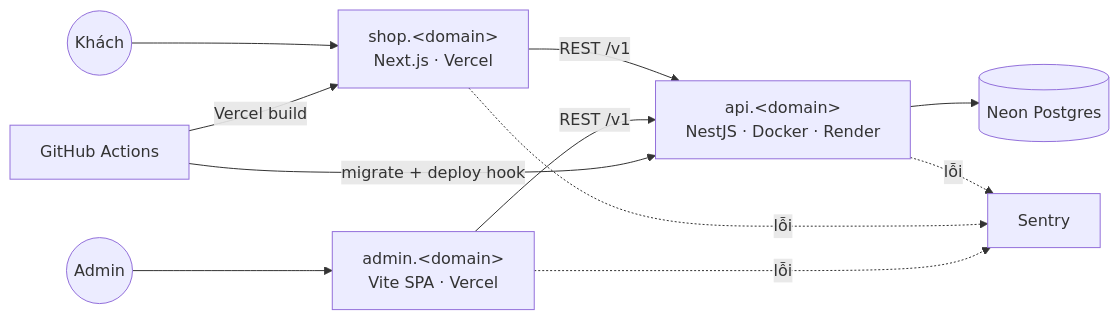
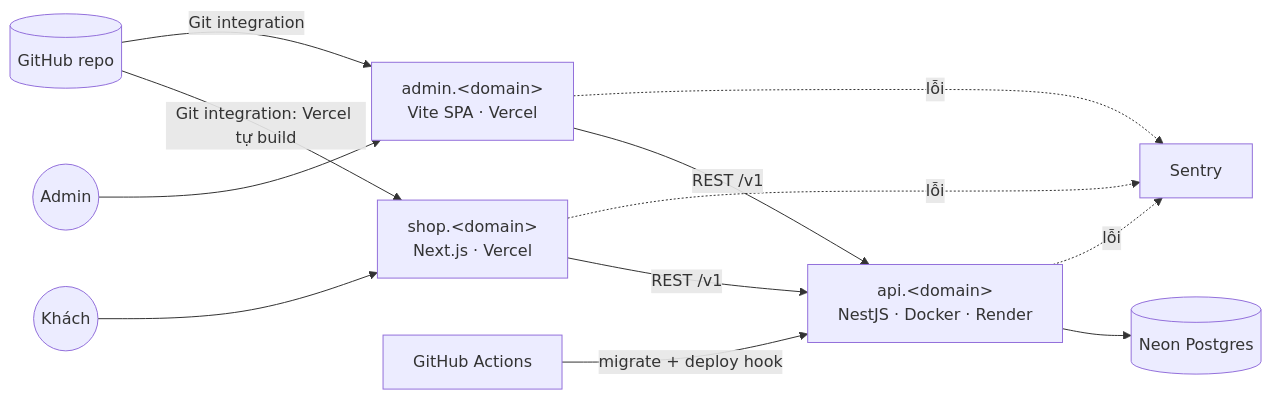
Before and after one commit to NQB37/PixelMart: the diagram in docs/v1/README.md, drawn with Mermaid. The commit also changed 18 other files, not shown here.

````diff
--- a/docs/v1/README.md
+++ b/docs/v1/README.md
@@ -26,13 +26,14 @@
 ```mermaid
 flowchart LR
   U((Khách)) --> WEB["shop.&lt;domain&gt;<br/>Next.js · Vercel"]
   A((Admin)) --> ADM["admin.&lt;domain&gt;<br/>Vite SPA · Vercel"]
   WEB -->|REST /v1| API["api.&lt;domain&gt;<br/>NestJS · Docker · Render"]
   ADM -->|REST /v1| API
   API --> DB[(Neon Postgres)]
   API -.lỗi.-> S[Sentry]
   WEB -.lỗi.-> S
   ADM -.lỗi.-> S
   GH[GitHub Actions] -->|migrate + deploy hook| API
-  GH -->|Vercel build| WEB
+  REPO[(GitHub repo)] -->|Git integration: Vercel tự build| WEB
+  REPO -->|Git integration| ADM
 ```
````
